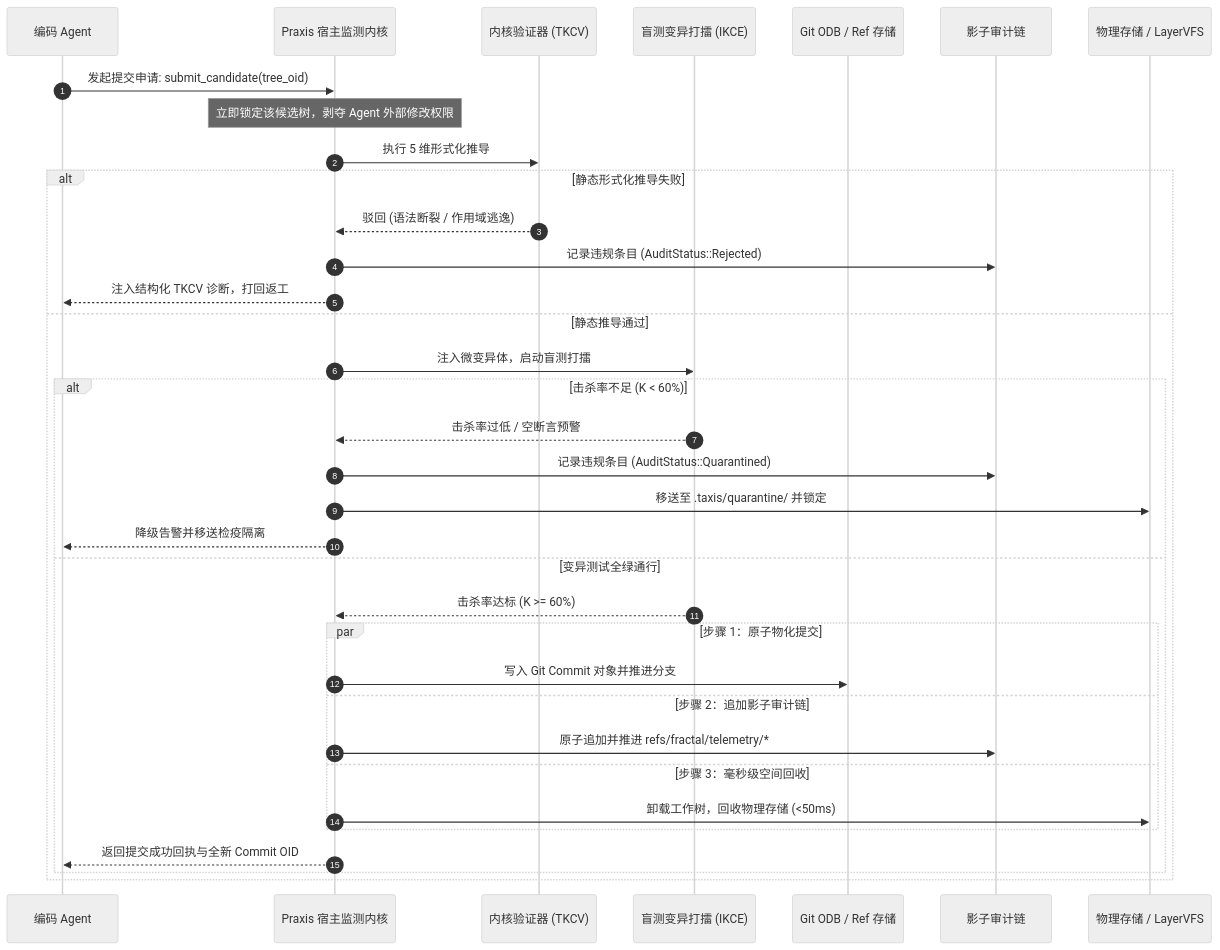
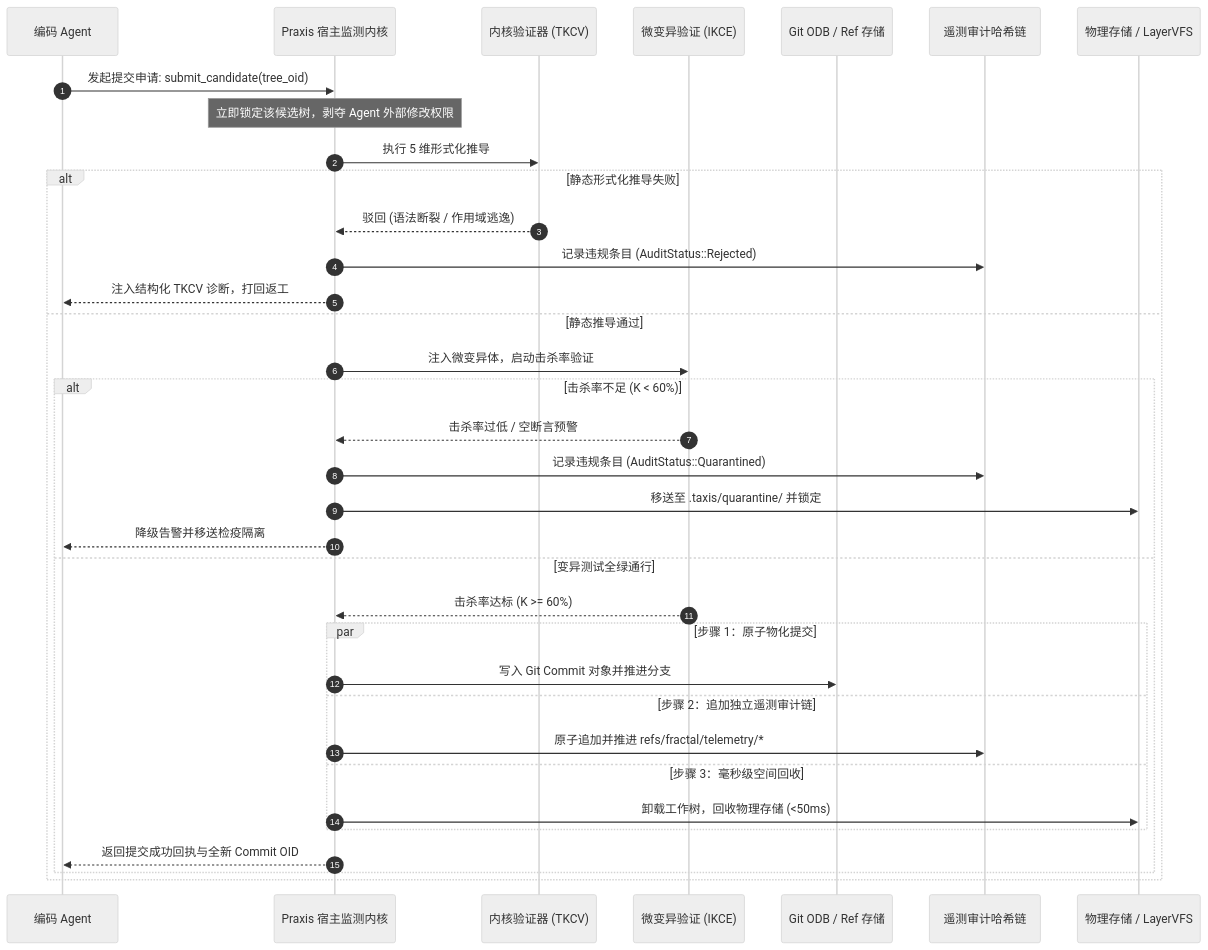
Before and after one commit to guilingzhouyi-creator/vscode-extensions: the third of 3 diagrams in fractal-git/docs/03-pre-review-zone-and-auto-gating.md, drawn with Mermaid (neutral theme). The commit also changed other lines of this file and 20 other files, not shown here.

````diff
--- a/fractal-git/docs/03-pre-review-zone-and-auto-gating.md
+++ b/fractal-git/docs/03-pre-review-zone-and-auto-gating.md
@@ -191,41 +191,41 @@
 ```mermaid
 sequenceDiagram
   autonumber
   participant Agent as 编码 Agent
   participant Harness as Praxis 宿主监测内核
   participant TKCV as 内核验证器 (TKCV)
-  participant IKCE as 盲测变异打擂 (IKCE)
+  participant IKCE as 微变异验证 (IKCE)
   participant ODB as Git ODB / Ref 存储
-  participant Telemetry as 影子审计链
+  participant Telemetry as 遥测审计哈希链
   participant Disk as 物理存储 / LayerVFS
 
   Agent->>Harness: 发起提交申请: submit_candidate(tree_oid)
   Note over Harness: 立即锁定该候选树，剥夺 Agent 外部修改权限
   
   Harness->>TKCV: 执行 5 维形式化推导
   alt 静态形式化推导失败
     TKCV-->>Harness: 驳回 (语法断裂 / 作用域逃逸)
     Harness->>Telemetry: 记录违规条目 (AuditStatus::Rejected)
     Harness-->>Agent: 注入结构化 TKCV 诊断，打回返工
   else 静态推导通过
-    Harness->>IKCE: 注入微变异体，启动盲测打擂
+    Harness->>IKCE: 注入微变异体，启动击杀率验证
     alt 击杀率不足 (K < 60%)
       IKCE-->>Harness: 击杀率过低 / 空断言预警
       Harness->>Telemetry: 记录违规条目 (AuditStatus::Quarantined)
       Harness->>Disk: 移送至 .taxis/quarantine/ 并锁定
       Harness-->>Agent: 降级告警并移送检疫隔离
     else 变异测试全绿通行
       IKCE-->>Harness: 击杀率达标 (K >= 60%)
       
       par 步骤 1：原子物化提交
         Harness->>ODB: 写入 Git Commit 对象并推进分支
-      and 步骤 2：追加影子审计链
+      and 步骤 2：追加独立遥测审计链
         Harness->>Telemetry: 原子追加并推进 refs/fractal/telemetry/*
       and 步骤 3：毫秒级空间回收
         Harness->>Disk: 卸载工作树，回收物理存储 (<50ms)
       end
 
       Harness-->>Agent: 返回提交成功回执与全新 Commit OID
     end
   end
 ```
````
